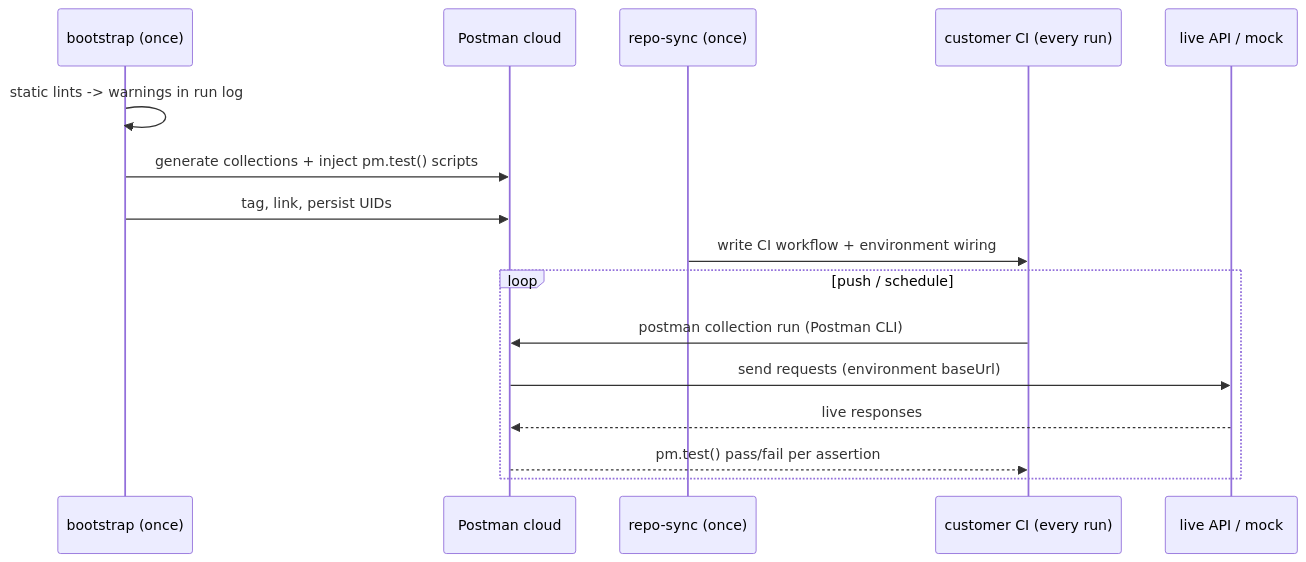
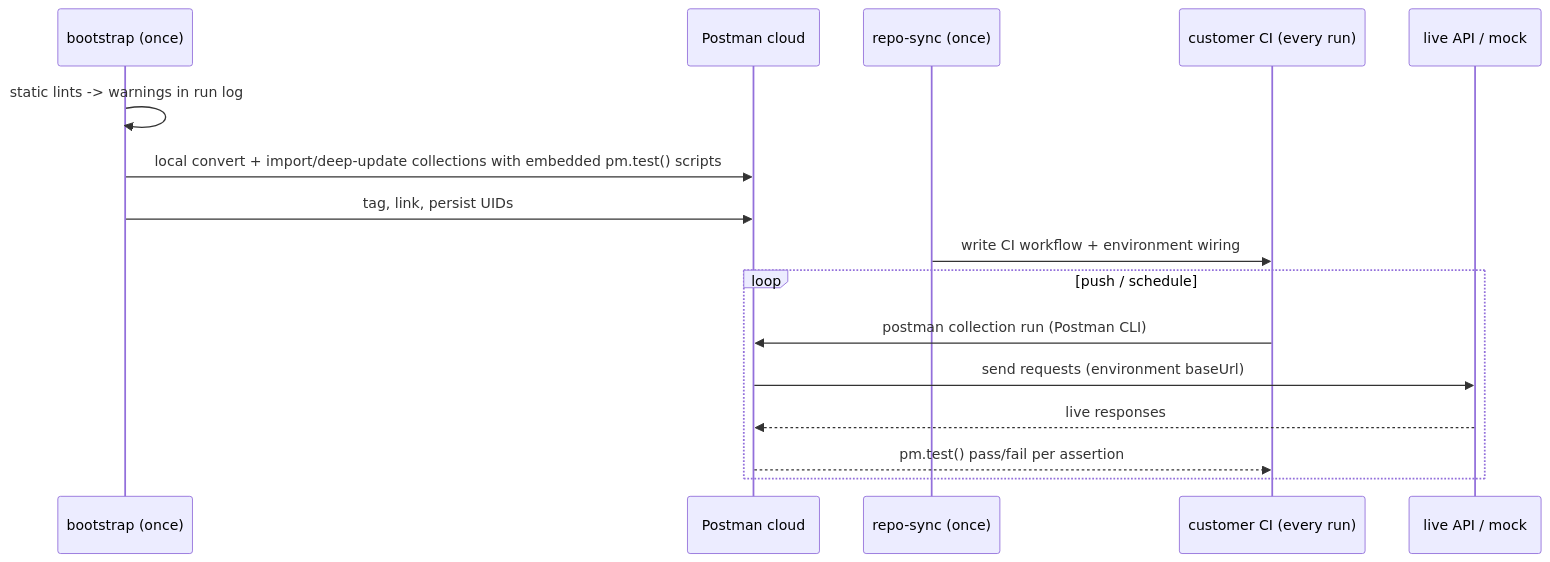
Before and after one commit to postman-cs/postman-bootstrap-action: the second of 2 diagrams in docs/contract-enforcement-layers.md, drawn with Mermaid. The commit also changed other lines of this file and 37 other files, not shown here.

Commit message:
feat: generate OpenAPI collections locally

````diff
--- a/docs/contract-enforcement-layers.md
+++ b/docs/contract-enforcement-layers.md
@@ -52,19 +52,19 @@
 ```mermaid
 sequenceDiagram
     participant B as bootstrap (once)
     participant P as Postman cloud
     participant R as repo-sync (once)
     participant CI as customer CI (every run)
     participant API as live API / mock
 
     B->>B: static lints -> warnings in run log
-    B->>P: generate collections + inject pm.test() scripts
+    B->>P: local convert + import/deep-update collections with embedded pm.test() scripts
     B->>P: tag, link, persist UIDs
     R->>CI: write CI workflow + environment wiring
     loop push / schedule
         CI->>P: postman collection run (Postman CLI)
         P->>API: send requests (environment baseUrl)
         API-->>P: live responses
         P-->>CI: pm.test() pass/fail per assertion
     end
 ```
````
